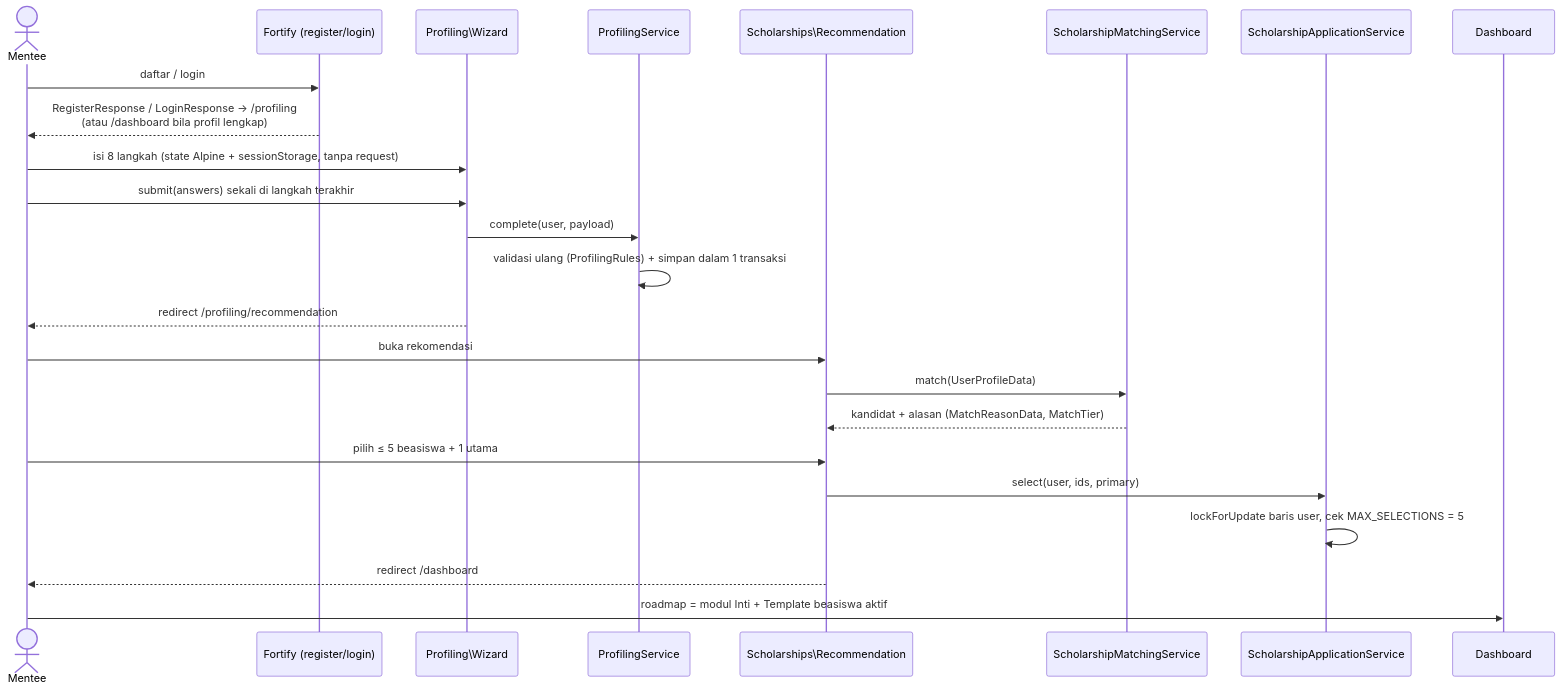
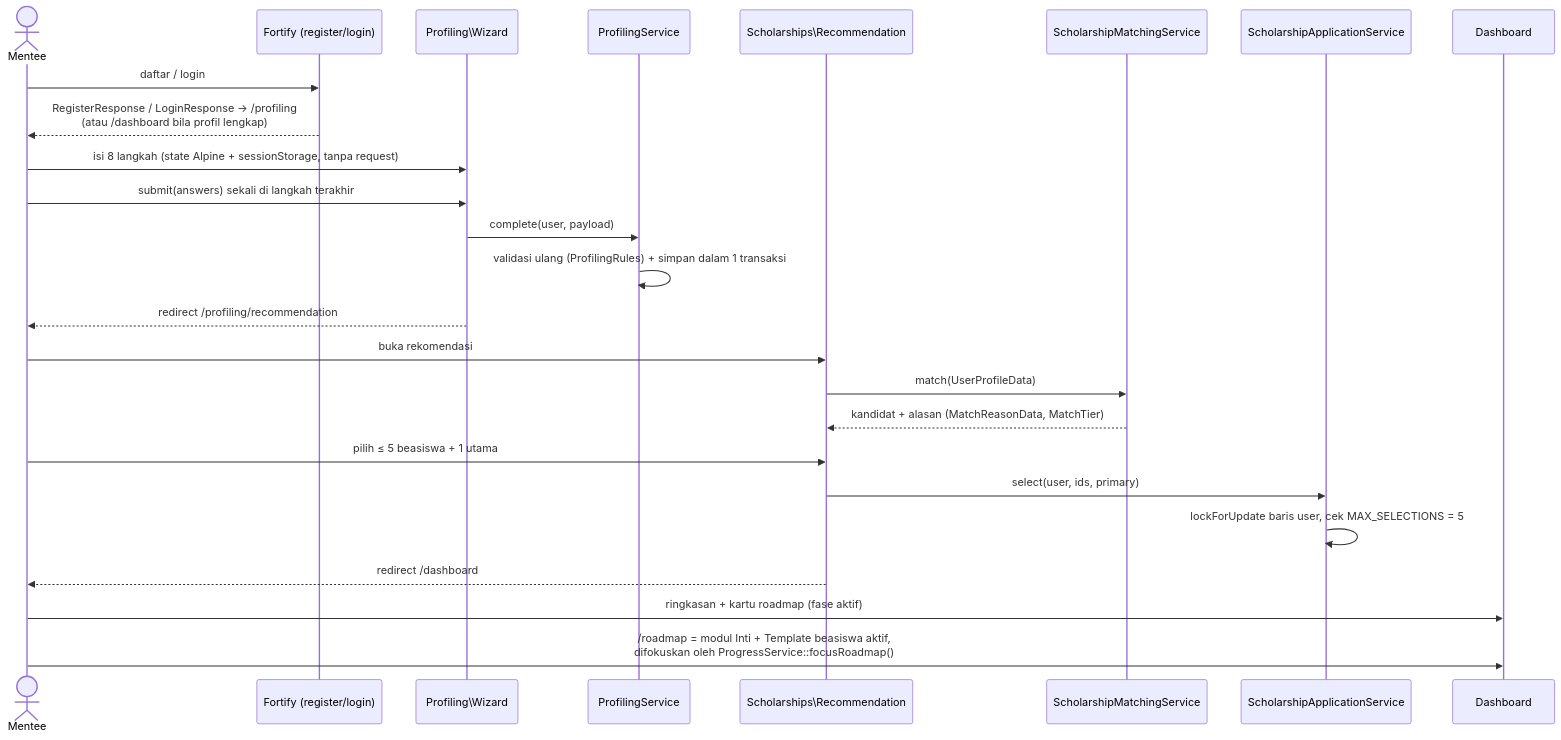
The second of 4 diagrams in docs/architecture.md (skularship/skular), drawn with Mermaid before and after one commit. The commit also changed 20 other files, not shown here.

First line of the commit message:
feat(roadmap): halaman Roadmap Belajar terpisah dari dashboard

````diff
--- a/docs/architecture.md
+++ b/docs/architecture.md
@@ -39,27 +39,28 @@
 ```mermaid
 sequenceDiagram
     actor M as Mentee
     participant F as Fortify (register/login)
     participant W as Profiling\Wizard
     participant PS as ProfilingService
     participant R as Scholarships\Recommendation
     participant SM as ScholarshipMatchingService
     participant SA as ScholarshipApplicationService
     participant D as Dashboard
 
     M->>F: daftar / login
     F-->>M: RegisterResponse / LoginResponse → /profiling<br/>(atau /dashboard bila profil lengkap)
     M->>W: isi 8 langkah (state Alpine + sessionStorage, tanpa request)
     M->>W: submit(answers) sekali di langkah terakhir
     W->>PS: complete(user, payload)
     PS->>PS: validasi ulang (ProfilingRules) + simpan dalam 1 transaksi
     W-->>M: redirect /profiling/recommendation
     M->>R: buka rekomendasi
     R->>SM: match(UserProfileData)
     SM-->>R: kandidat + alasan (MatchReasonData, MatchTier)
     M->>R: pilih ≤ 5 beasiswa + 1 utama
     R->>SA: select(user, ids, primary)
     SA->>SA: lockForUpdate baris user, cek MAX_SELECTIONS = 5
     R-->>M: redirect /dashboard
-    M->>D: roadmap = modul Inti + Template beasiswa aktif
+    M->>D: ringkasan + kartu roadmap (fase aktif)
+    M->>D: /roadmap = modul Inti + Template beasiswa aktif,<br/>difokuskan oleh ProgressService::focusRoadmap()
 ```
````
